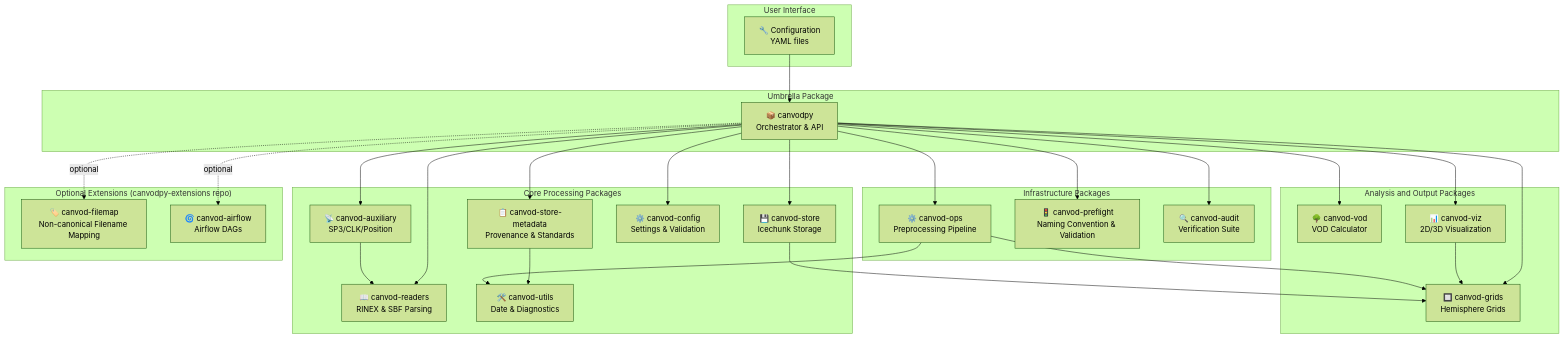
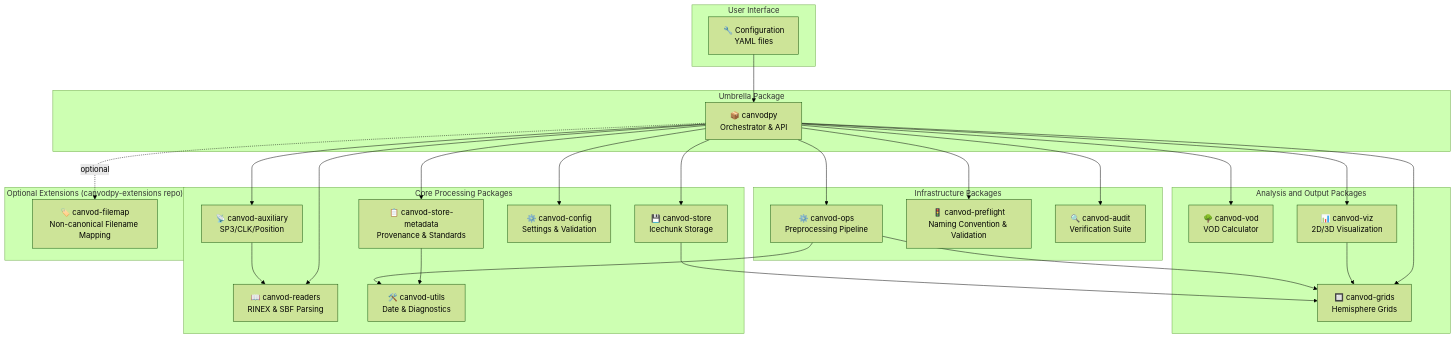
Before and after one commit to nfb2021/canvodpy: the first of 3 diagrams in README.md, drawn with Mermaid (forest theme). The commit also changed other lines of this file and 1 other file, not shown here.

First line of the commit message:
docs(readme): reframe canvod-airflow as optional, add related-repos section

````diff
--- a/README.md
+++ b/README.md
@@ -47,58 +47,56 @@
 ```mermaid
 graph TB
     subgraph UI[User Interface]
         Config["🔧 Configuration<br/>YAML files"]
     end
 
     subgraph Umbrella[Umbrella Package]
         Canvodpy["📦 canvodpy<br/>Orchestrator & API"]
     end
 
     subgraph CorePkg[Core Processing Packages]
         Readers["📖 canvod-readers<br/>RINEX & SBF Parsing"]
         Aux["📡 canvod-auxiliary<br/>SP3/CLK/Position"]
         Store["💾 canvod-store<br/>Icechunk Storage"]
         StoreMeta["📋 canvod-store-metadata<br/>Provenance & Standards"]
         CanvodConfig["⚙️ canvod-config<br/>Settings & Validation"]
         Utils["🛠️ canvod-utils<br/>Date & Diagnostics"]
     end
 
     subgraph AnalysisPkg[Analysis and Output Packages]
         VOD["🌳 canvod-vod<br/>VOD Calculator"]
         Grids["🔲 canvod-grids<br/>Hemisphere Grids"]
         Viz["📊 canvod-viz<br/>2D/3D Visualization"]
     end
 
     subgraph InfraPkg[Infrastructure Packages]
         Ops["⚙️ canvod-ops<br/>Preprocessing Pipeline"]
         Preflight["🚦 canvod-preflight<br/>Naming Convention & Validation"]
         Audit["🔍 canvod-audit<br/>Verification Suite"]
     end
 
     subgraph ExtPkg["Optional Extensions (canvodpy-extensions repo)"]
         Filemap["🏷️ canvod-filemap<br/>Non-canonical Filename Mapping"]
-        Airflow["🌀 canvod-airflow<br/>Airflow DAGs"]
     end
 
     Config --> Canvodpy
     Canvodpy --> Readers
     Canvodpy --> Aux
     Canvodpy --> Store
     Canvodpy --> StoreMeta
     Canvodpy --> CanvodConfig
     Canvodpy --> VOD
     Canvodpy --> Grids
     Canvodpy --> Viz
     Canvodpy --> Ops
     Canvodpy --> Preflight
     Canvodpy --> Audit
     Canvodpy -.optional.-> Filemap
-    Canvodpy -.optional.-> Airflow
 
     Aux --> Readers
     Store --> Grids
     StoreMeta --> Utils
     Viz --> Grids
     Ops --> Grids
     Ops --> Utils
 ```
````
